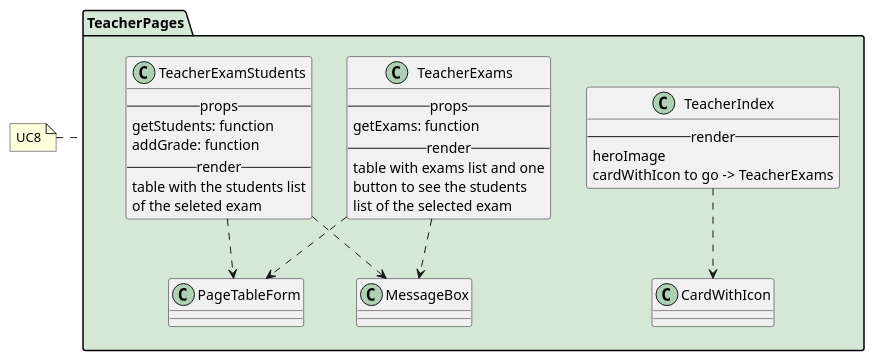
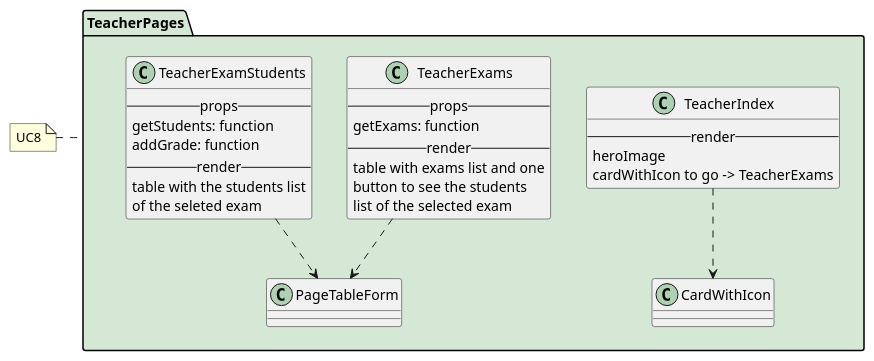
One commit to M9k/Marvin-Uml changed the diagram in react/teacher/index.iuml. Above: the diagram before and after it, drawn with PlantUML. The commit also changed 11 other files, not shown here.

```diff
--- a/react/teacher/index.iuml
+++ b/react/teacher/index.iuml
@@ -1,34 +1,32 @@
 package TeacherPages #D4E8D5 {
 
 class TeacherIndex {
     --render--
         heroImage
         cardWithIcon to go -> TeacherExams
 }
 TeacherIndex ..> CardWithIcon
 
 class TeacherExams {
     --props--
         getExams: function
     --render--
     table with exams list and one
     button to see the students
     list of the selected exam
 }
 TeacherExams ..> PageTableForm
-TeacherExams ..> MessageBox
 
 class TeacherExamStudents {
     --props--
         getStudents: function
         addGrade: function
     --render--
     table with the students list
     of the seleted exam
 }
 TeacherExamStudents ..> PageTableForm
-TeacherExamStudents ..> MessageBox
 
 }
 
 note left of TeacherPages: UC8
```
